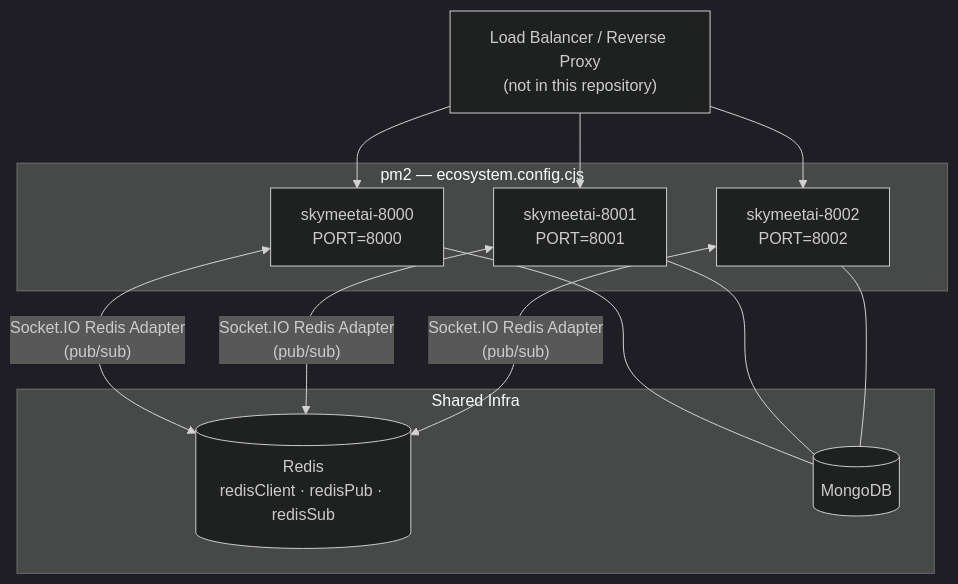
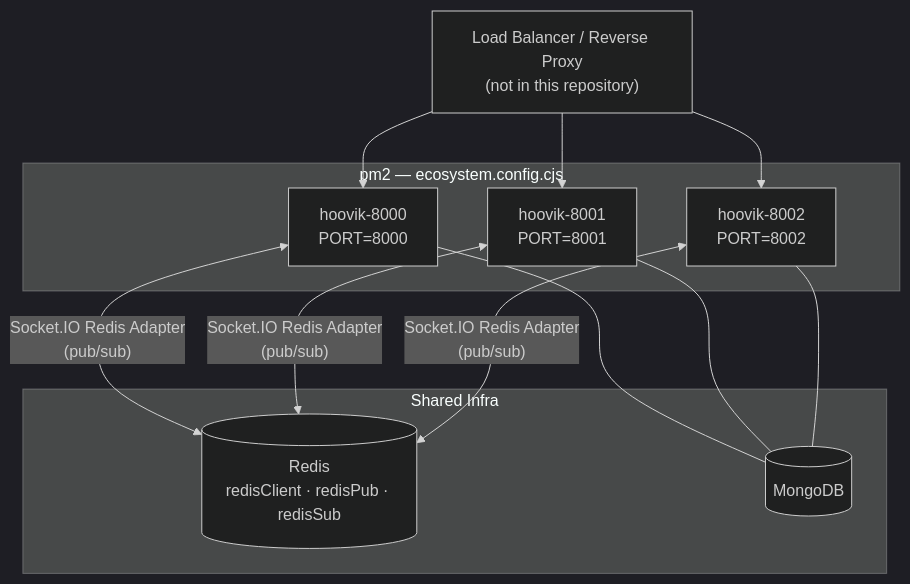
One commit to AnupamKumar-1/Hoovik changed the fourth of 5 diagrams in docs/backend.md. Above: the diagram before and after it, drawn with Mermaid (dark theme). The commit also changed other lines of this file and 17 other files, not shown here.

````diff
--- a/docs/backend.md
+++ b/docs/backend.md
@@ -363,27 +363,27 @@
 ```mermaid
 flowchart TD
     LB["Load Balancer / Reverse Proxy\n(not in this repository)"]
 
     subgraph PM2 ["pm2 — ecosystem.config.cjs"]
-        P0["skymeetai-8000\nPORT=8000"]
-        P1["skymeetai-8001\nPORT=8001"]
-        P2["skymeetai-8002\nPORT=8002"]
+        P0["hoovik-8000\nPORT=8000"]
+        P1["hoovik-8001\nPORT=8001"]
+        P2["hoovik-8002\nPORT=8002"]
     end
 
     subgraph Shared Infra
         Redis[("Redis\nredisClient · redisPub · redisSub")]
         Mongo[("MongoDB")]
     end
 
     LB --> P0
     LB --> P1
     LB --> P2
 
     P0 <-->|"Socket.IO Redis Adapter\n(pub/sub)"| Redis
     P1 <-->|"Socket.IO Redis Adapter\n(pub/sub)"| Redis
     P2 <-->|"Socket.IO Redis Adapter\n(pub/sub)"| Redis
 
     P0 --- Mongo
     P1 --- Mongo
     P2 --- Mongo
 ```
````
